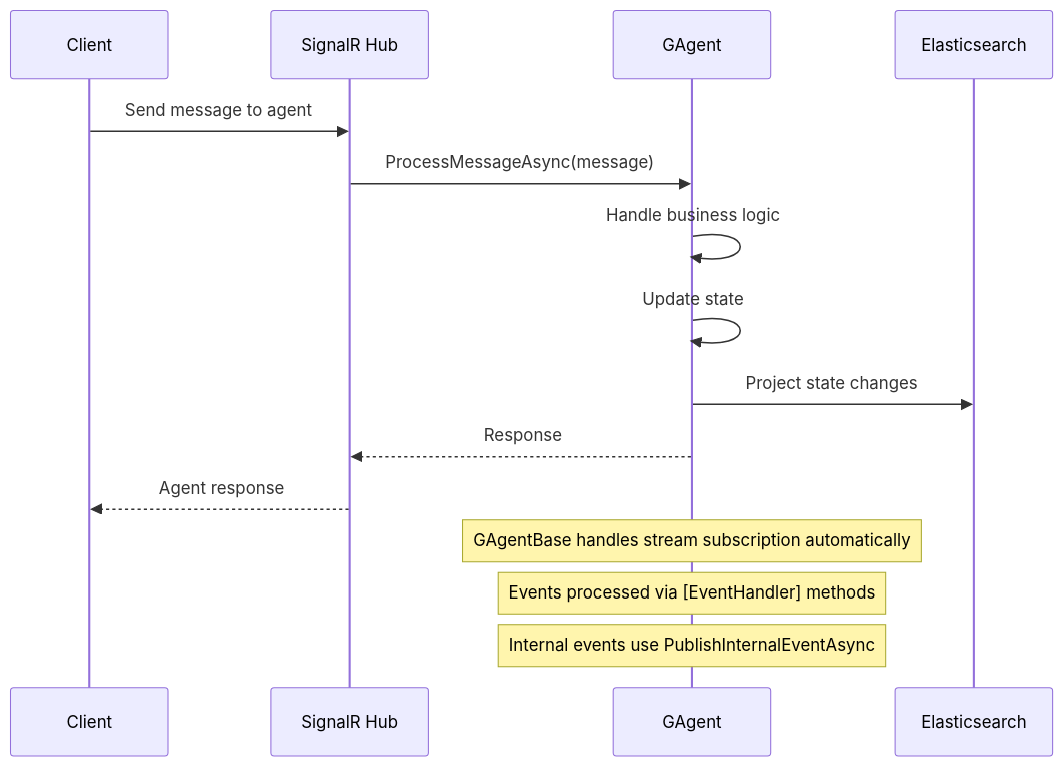
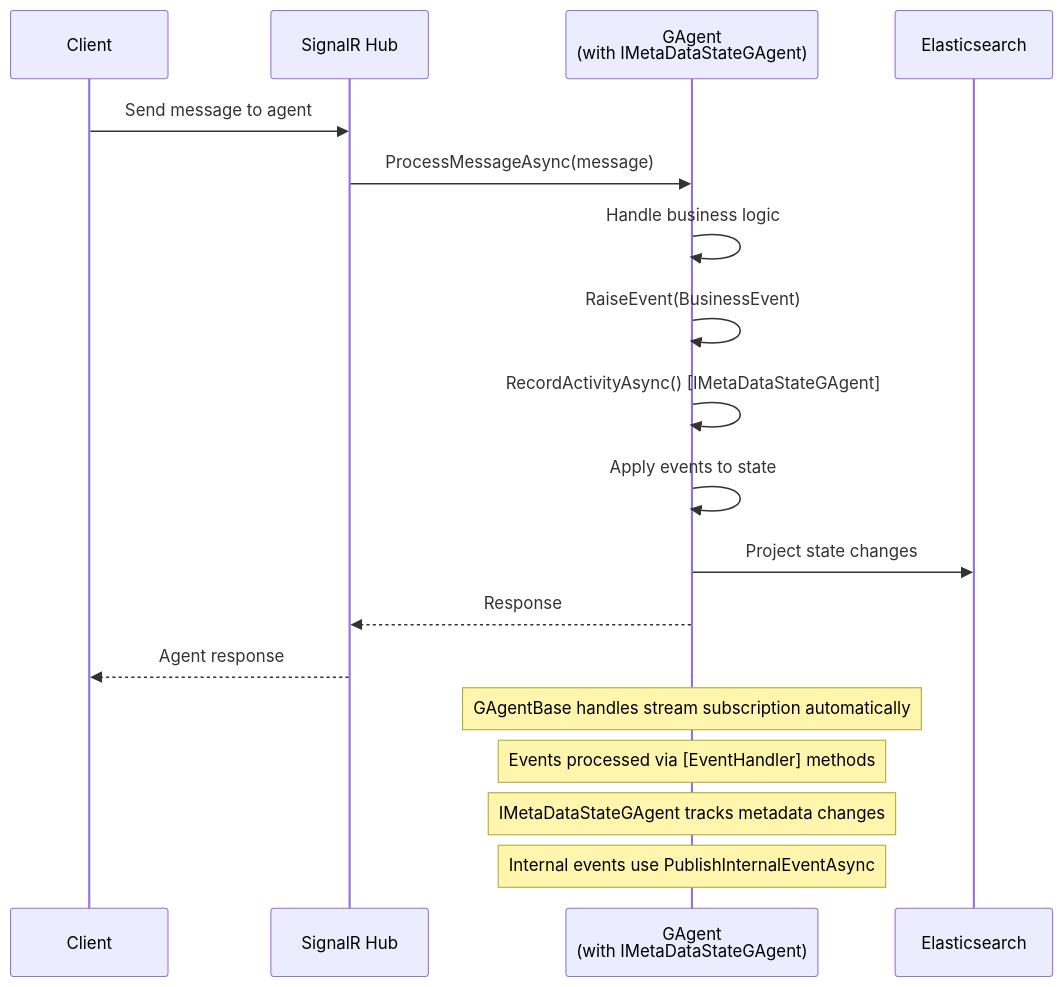
The sixth of 6 diagrams in Agent-Management-Architecture-Proposal.md (aevatarAI/aevatar-station), drawn with Mermaid before and after one commit. The commit also changed other lines of this file, not shown here.

First line of the commit message:
docs: integrate IMetaDataStateGAgent context into architecture proposal

````diff
--- a/Agent-Management-Architecture-Proposal.md
+++ b/Agent-Management-Architecture-Proposal.md
@@ -738,19 +773,22 @@
 ```mermaid
 sequenceDiagram
     participant Client
     participant SH as SignalR Hub
-    participant GA as GAgent
+    participant GA as GAgent<br/>(with IMetaDataStateGAgent)
     participant ES as Elasticsearch
     
     Client->>SH: Send message to agent
     SH->>GA: ProcessMessageAsync(message)
     GA->>GA: Handle business logic
-    GA->>GA: Update state
+    GA->>GA: RaiseEvent(BusinessEvent)
+    GA->>GA: RecordActivityAsync() [IMetaDataStateGAgent]
+    GA->>GA: Apply events to state
     GA->>ES: Project state changes
     GA-->>SH: Response
     SH-->>Client: Agent response
     
     Note over GA: GAgentBase handles stream subscription automatically
     Note over GA: Events processed via [EventHandler] methods
+    Note over GA: IMetaDataStateGAgent tracks metadata changes
     Note over GA: Internal events use PublishInternalEventAsync
 ```
````
